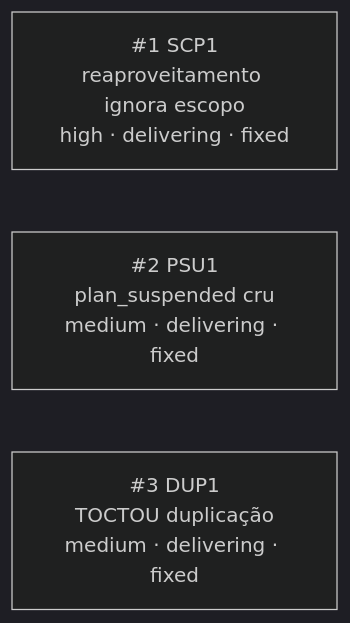
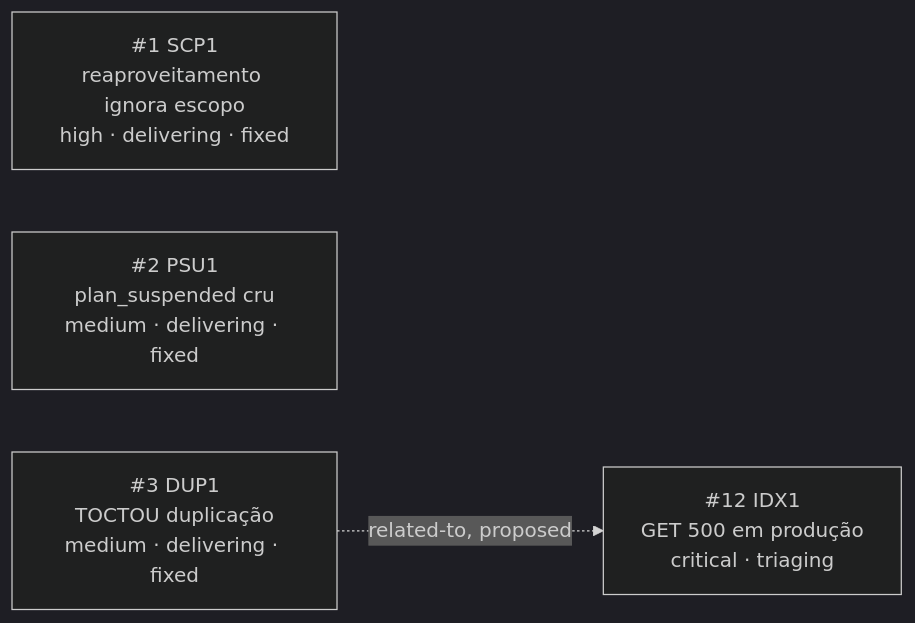
The diagram in _reversa_bugs/relatorios/generated/graph.md (antoniojunnior/portal-sigilo), drawn with Mermaid (dark theme) before and after one commit. The commit also changed other lines of this file and 10 other files, not shown here.

````diff
--- a/_reversa_bugs/relatorios/generated/graph.md
+++ b/_reversa_bugs/relatorios/generated/graph.md
@@ -5,6 +5,8 @@
 ```mermaid
 graph LR
+    IDX1["#12 IDX1<br/>GET 500 em produção<br/>critical · triaging"]
     SCP1["#1 SCP1<br/>reaproveitamento ignora escopo<br/>high · delivering · fixed"]
     PSU1["#2 PSU1<br/>plan_suspended cru<br/>medium · delivering · fixed"]
     DUP1["#3 DUP1<br/>TOCTOU duplicação<br/>medium · delivering · fixed"]
+    DUP1 -.->|related-to, proposed| IDX1
 ```
````
